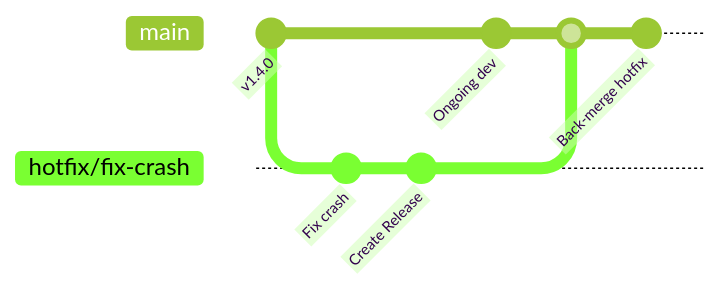
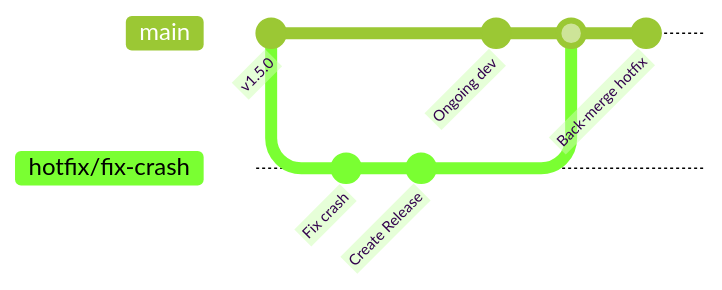
One commit to PlainsightAI/openfilter changed the second of 2 diagrams in CONTRIBUTING.md. Above: the diagram before and after it, drawn with Mermaid (forest theme). The commit also changed other lines of this file and 7 other files, not shown here.

````diff
--- a/CONTRIBUTING.md
+++ b/CONTRIBUTING.md
@@ -397,12 +397,12 @@
 ```mermaid
 gitGraph
-   commit id: "v1.4.0"
+   commit id: "v1.5.0"
    branch hotfix/fix-crash
    commit id: "Fix crash"
    commit id: "Create Release"
    checkout main
    commit id: "Ongoing dev"
    merge hotfix/fix-crash
    commit id: "Back-merge hotfix"
 
 ```
````
